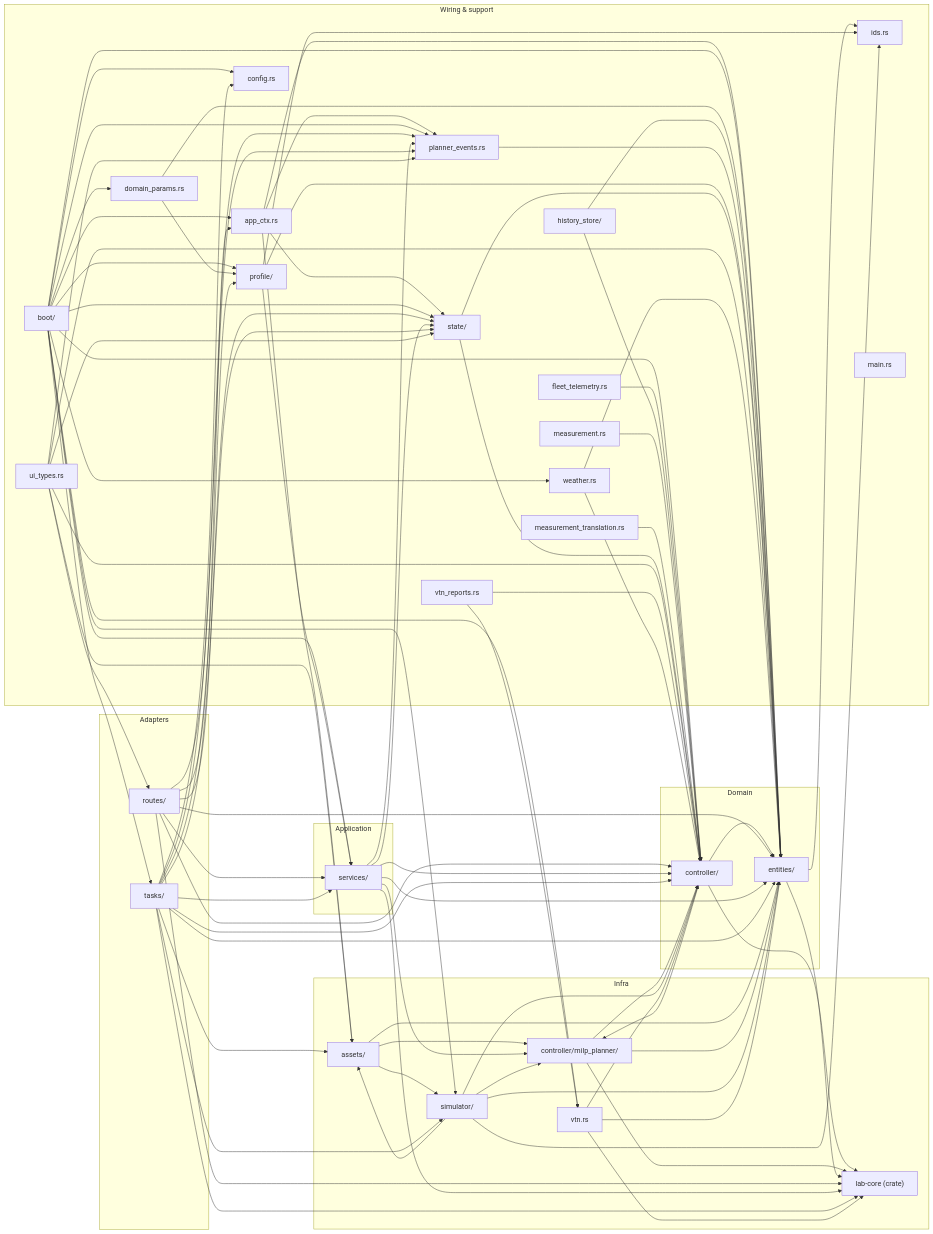
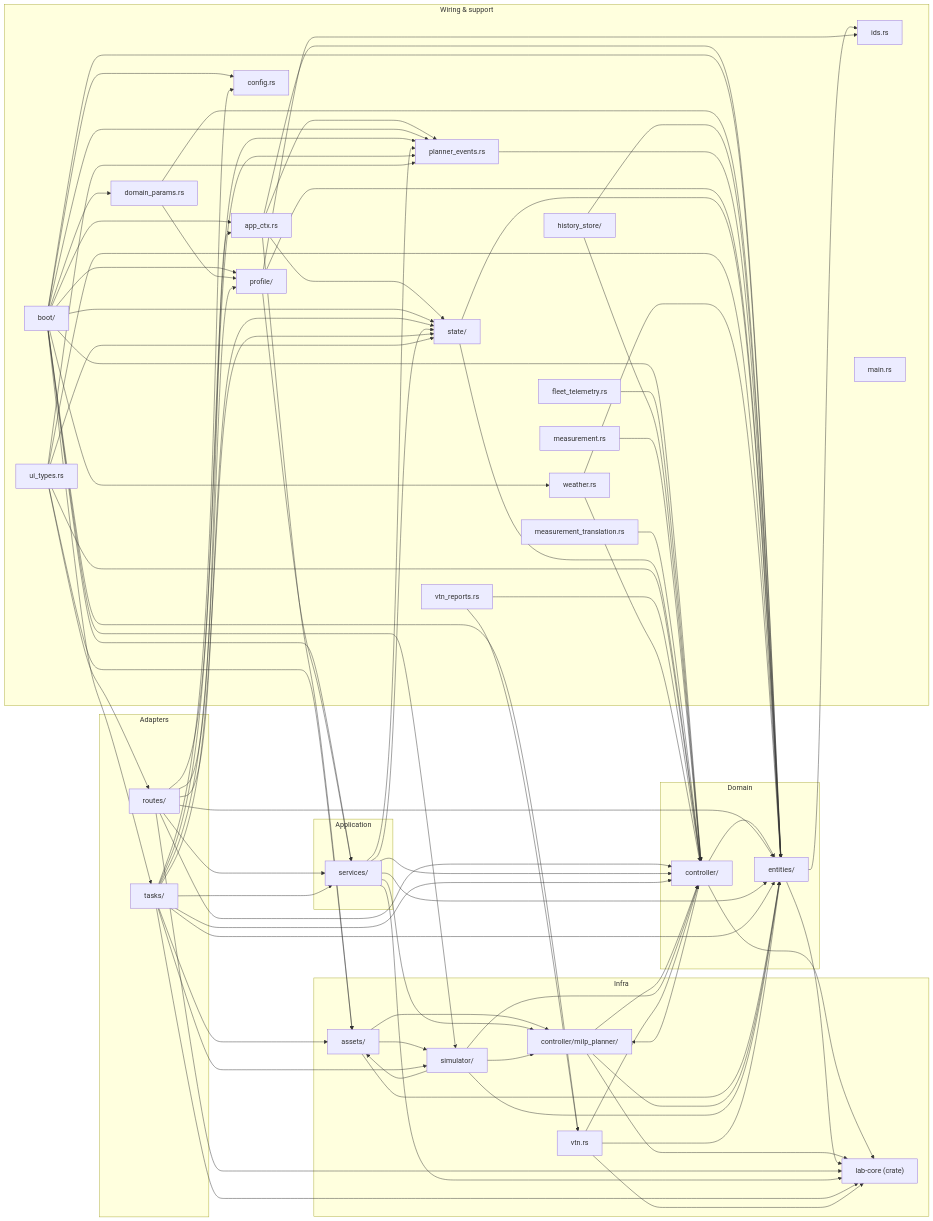
The second of 2 diagrams in docs/architecture/module_dependency_graph.md (TinkerPhu/OpenAdr-Lab), drawn with Mermaid before and after one commit. The commit also changed other lines of this file and 24 other files, not shown here.

```diff
--- a/docs/architecture/module_dependency_graph.md
+++ b/docs/architecture/module_dependency_graph.md
@@ -275,7 +275,6 @@
   M_simulator --> M_controller
   M_simulator --> M_controller_milp_planner
   M_simulator --> M_entities
-  M_simulator --> M_ids
   M_state --> M_controller
   M_state --> M_entities
   M_tasks --> M_assets
```
